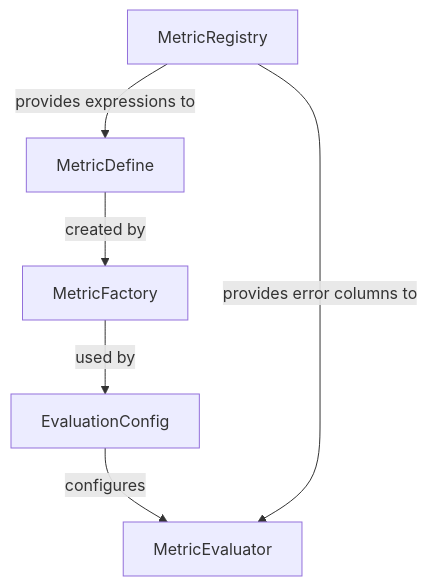
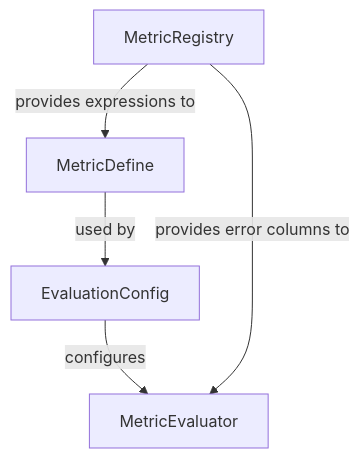
The diagram in CLAUDE.md (elong0527/demo_eval_metric), drawn with Mermaid before and after one commit. The commit also changed other lines of this file, not shown here.

````diff
--- a/CLAUDE.md
+++ b/CLAUDE.md
@@ -70,8 +69,7 @@
 ```mermaid
 graph TD
     A[MetricRegistry] -->|provides expressions to| B[MetricDefine]
-    B -->|created by| C[MetricFactory]
-    C -->|used by| D[EvaluationConfig]
-    D -->|configures| E[MetricEvaluator]
-    A -->|provides error columns to| E
+    B -->|used by| C[EvaluationConfig]
+    C -->|configures| D[MetricEvaluator]
+    A -->|provides error columns to| D
 ```
````
